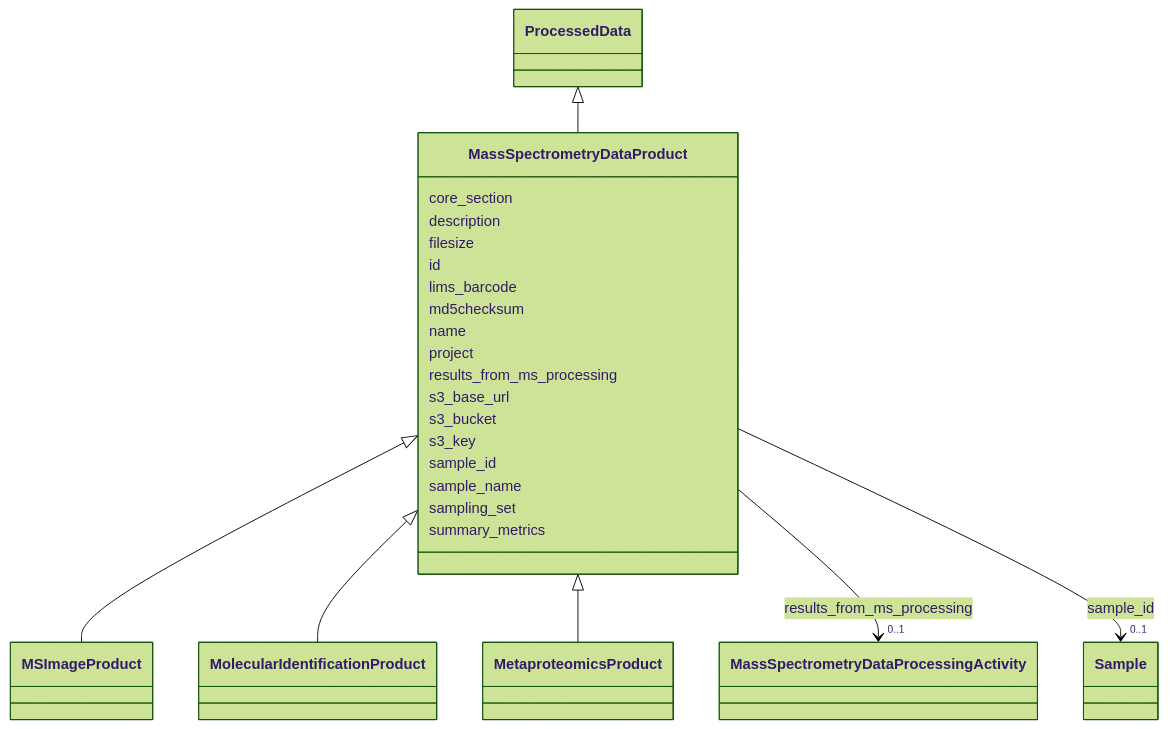
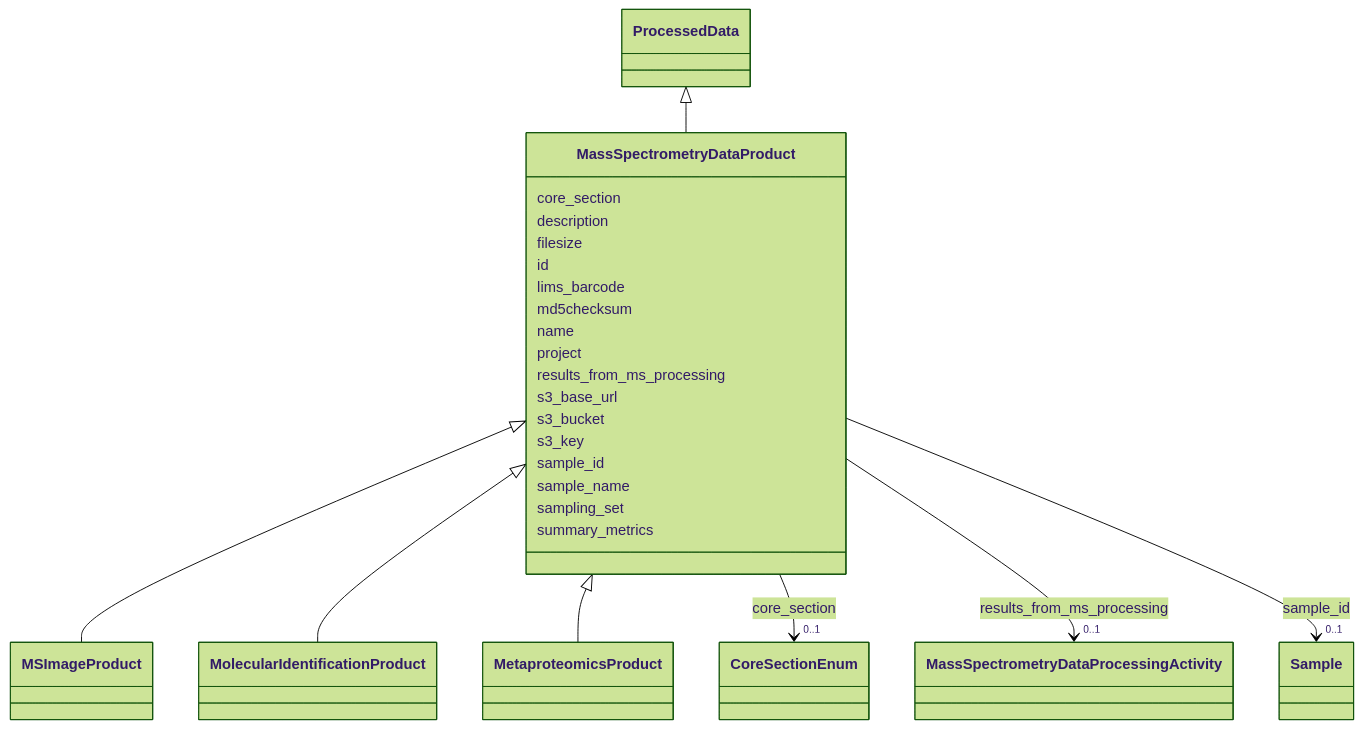
The diagram in docs/elements/MassSpectrometryDataProduct.md (EMSL-Computing/BASALT-Schema), drawn with Mermaid (forest theme) before and after one commit. The commit also changed other lines of this file and 388 other files, not shown here.

```diff
--- a/docs/elements/MassSpectrometryDataProduct.md
+++ b/docs/elements/MassSpectrometryDataProduct.md
@@ -37,6 +37,16 @@
       
       
       MassSpectrometryDataProduct : core_section
+        
+          
+    
+    
+    
+    
+    MassSpectrometryDataProduct --> "0..1" CoreSectionEnum : core_section
+    click CoreSectionEnum href "../CoreSectionEnum"
+    
+
         
       MassSpectrometryDataProduct : description
         
```
